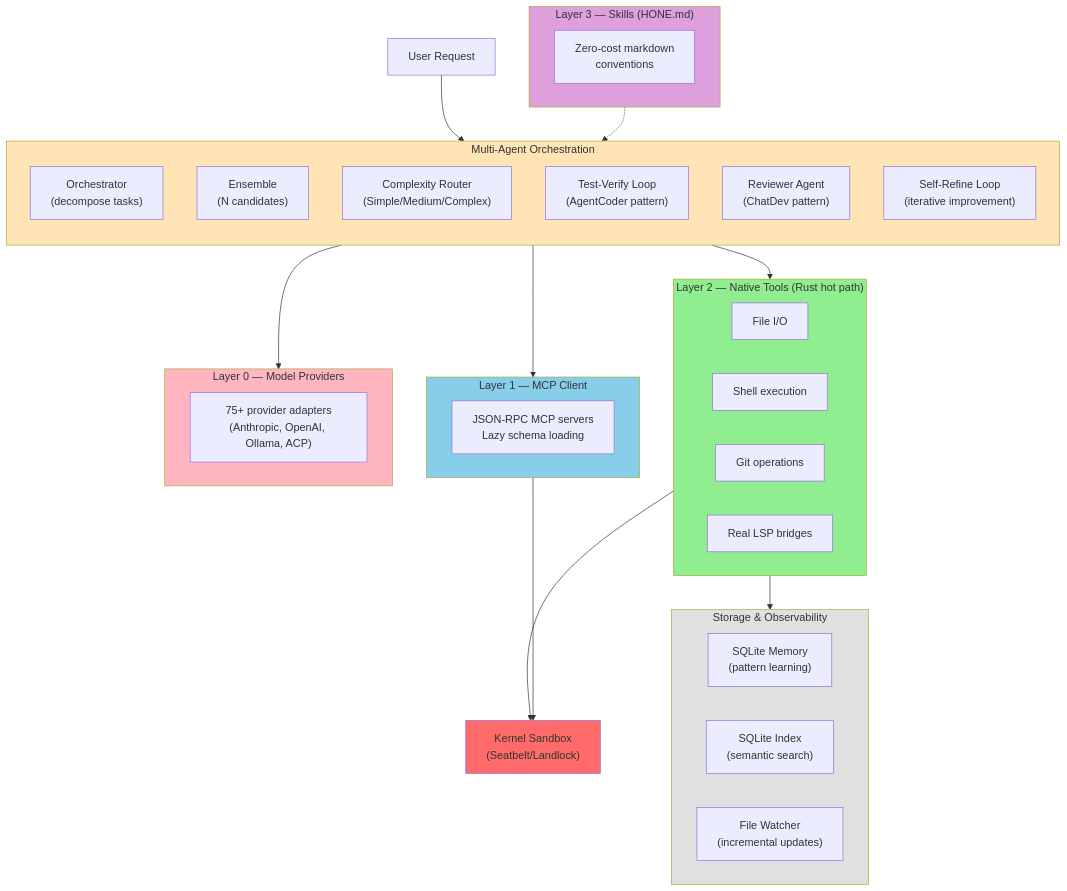
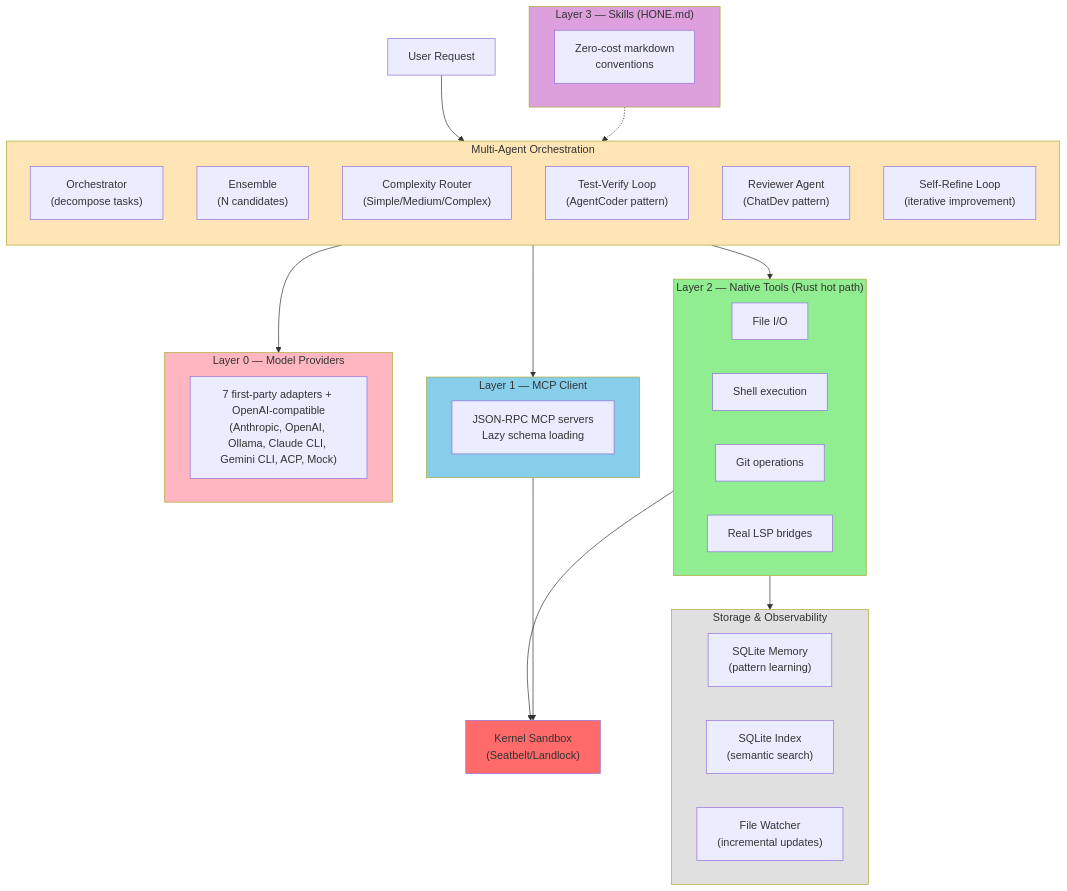
The diagram in README.md (wojciechkpl/hone), drawn with Mermaid before and after one commit. The commit also changed other lines of this file and 7 other files, not shown here.

First line of the commit message:
docs: multi-agent/memory architecture note + provider/observability updates

````diff
--- a/README.md
+++ b/README.md
@@ -290,62 +300,62 @@
 ```mermaid
 graph TB
     User["User Request"]
     
     subgraph MultiAgent["Multi-Agent Orchestration"]
         direction TB
         Orch["Orchestrator<br/>(decompose tasks)"]
         Ensemble["Ensemble<br/>(N candidates)"]
         Router["Complexity Router<br/>(Simple/Medium/Complex)"]
         TestLoop["Test-Verify Loop<br/>(AgentCoder pattern)"]
         Reviewer["Reviewer Agent<br/>(ChatDev pattern)"]
         SelfRefine["Self-Refine Loop<br/>(iterative improvement)"]
     end
 
     subgraph L3["Layer 3 — Skills (HONE.md)"]
         direction LR
         HM["Zero-cost markdown\nconventions"]
     end
 
     subgraph L2["Layer 2 — Native Tools (Rust hot path)"]
         direction LR
         FIO["File I/O"]
         Shell["Shell execution"]
         Git["Git operations"]
         LSP["Real LSP bridges"]
     end
 
     subgraph L1["Layer 1 — MCP Client"]
         direction LR
         MCP["JSON-RPC MCP servers\nLazy schema loading"]
     end
 
     subgraph L0["Layer 0 — Model Providers"]
         direction LR
-        Providers["75+ provider adapters<br/>(Anthropic, OpenAI, Ollama, ACP)"]
+        Providers["7 first-party adapters + OpenAI-compatible<br/>(Anthropic, OpenAI, Ollama, Claude CLI, Gemini CLI, ACP, Mock)"]
     end
 
     subgraph Storage["Storage & Observability"]
         Memory["SQLite Memory<br/>(pattern learning)"]
         Index["SQLite Index<br/>(semantic search)"]
         Watcher["File Watcher<br/>(incremental updates)"]
     end
 
     Sandbox["Kernel Sandbox<br/>(Seatbelt/Landlock)"]
 
     User --> MultiAgent
     MultiAgent --> L2
     MultiAgent --> L1
     MultiAgent --> L0
     L2 --> Sandbox
     L2 --> Storage
     L1 --> Sandbox
     L3 -.-> MultiAgent
     
     style L2 fill:#90EE90
     style L1 fill:#87CEEB
     style L0 fill:#FFB6C1
     style L3 fill:#DDA0DD
     style MultiAgent fill:#FFE4B5
     style Storage fill:#E0E0E0
     style Sandbox fill:#FF6B6B
 ```
````
